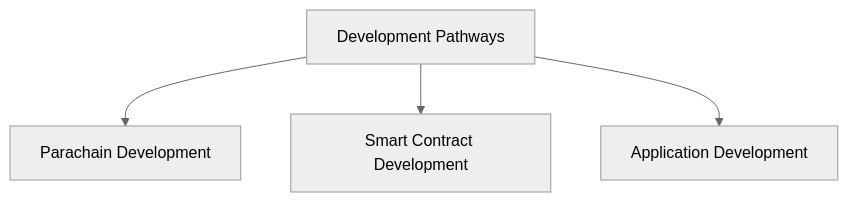
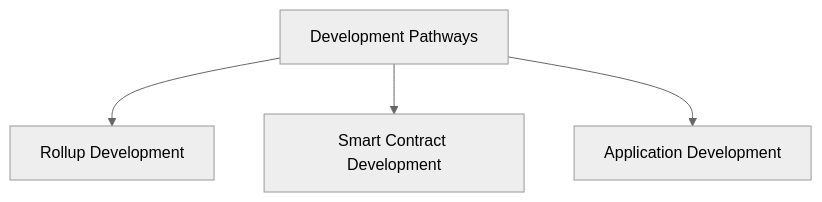
The diagram in develop/index.md (polkadot-developers/polkadot-docs), drawn with Mermaid (neutral theme) before and after one commit. The commit also changed other lines of this file and 318 other files, not shown here.

Commit message:
Replace parachain with rollup

````diff
--- a/develop/index.md
+++ b/develop/index.md
@@ -29,7 +29,7 @@
 ```mermaid
 graph TD
     A[Development Pathways]
-    A --> B[Parachain Development]
+    A --> B[Rollup Development]
     A --> C[Smart Contract Development]
     A --> D[Application Development]
 ```
````
